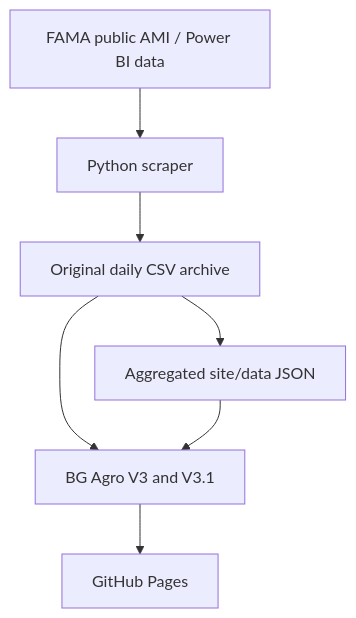
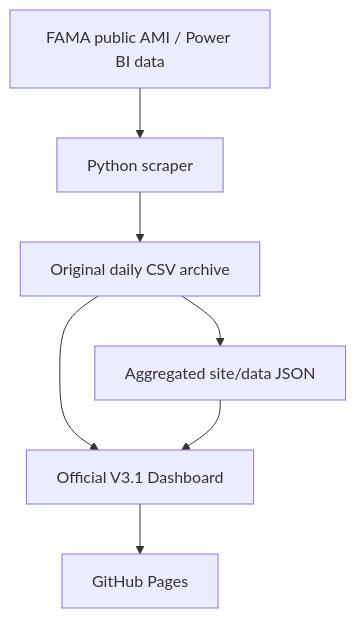
Before and after one commit to Luke2929/bg-agro-price-tracker: the diagram in README.md, drawn with Mermaid. The commit also changed other lines of this file and 7 other files, not shown here.

````diff
--- a/README.md
+++ b/README.md
@@ -86,9 +85,9 @@
 ```mermaid
 flowchart TD
     A["FAMA public AMI / Power BI data"] --> B["Python scraper"]
     B --> C["Original daily CSV archive"]
     C --> D["Aggregated site/data JSON"]
-    C --> E["BG Agro V3 and V3.1"]
+    C --> E["Official V3.1 Dashboard"]
     D --> E
     E --> F["GitHub Pages"]
 ```
````
